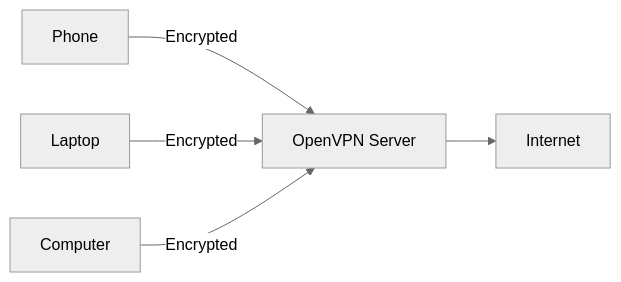
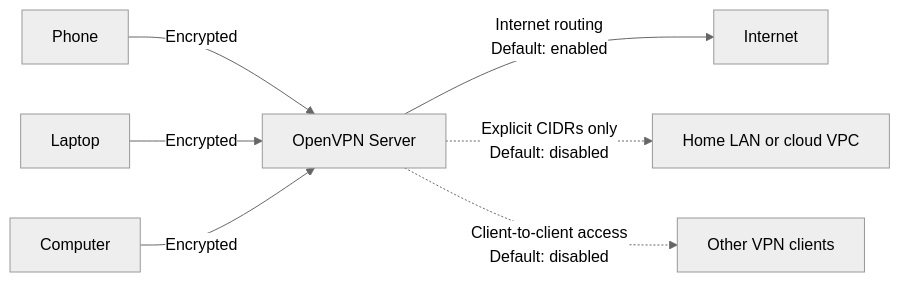
The diagram in README.md (vpn-wiki/openvpn-install), drawn with Mermaid (neutral theme) before and after one commit. The commit also changed other lines of this file and 11 other files, not shown here.

````diff
--- a/README.md
+++ b/README.md
@@ -18,10 +18,12 @@
 ```mermaid
-graph LR
+flowchart LR
   A[Phone] -->|Encrypted| VPN
   B[Laptop] -->|Encrypted| VPN
   C[Computer] -->|Encrypted| VPN
 
   VPN[OpenVPN Server]
 
-  VPN --> I[Internet]
+  VPN -->|Internet routing<br/>Default: enabled| I[Internet]
+  VPN -.->|Explicit CIDRs only<br/>Default: disabled| LAN[Home LAN or cloud VPC]
+  VPN -.->|Client-to-client access<br/>Default: disabled| PEERS[Other VPN clients]
 ```
````
